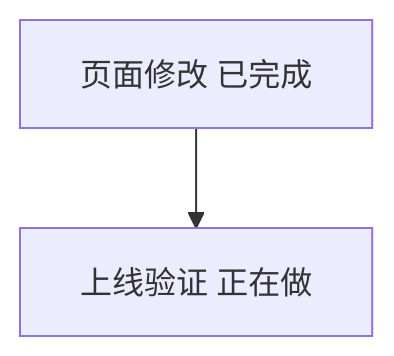
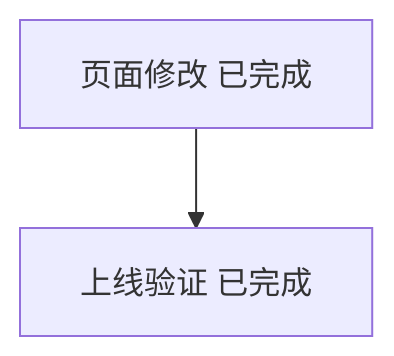
Before and after one commit to wanghao-SunSky/wanghao-SunSky.github.io: diagram 24 of 24 in docs/progress.md, drawn with Mermaid. The commit also changed other lines of this file, not shown here.

````diff
--- a/docs/progress.md
+++ b/docs/progress.md
@@ -446,4 +446,4 @@
 ```mermaid
 flowchart TB
- A[页面修改 已完成] --> B[上线验证 正在做]
+ A[页面修改 已完成] --> B[上线验证 已完成]
 ```
````
